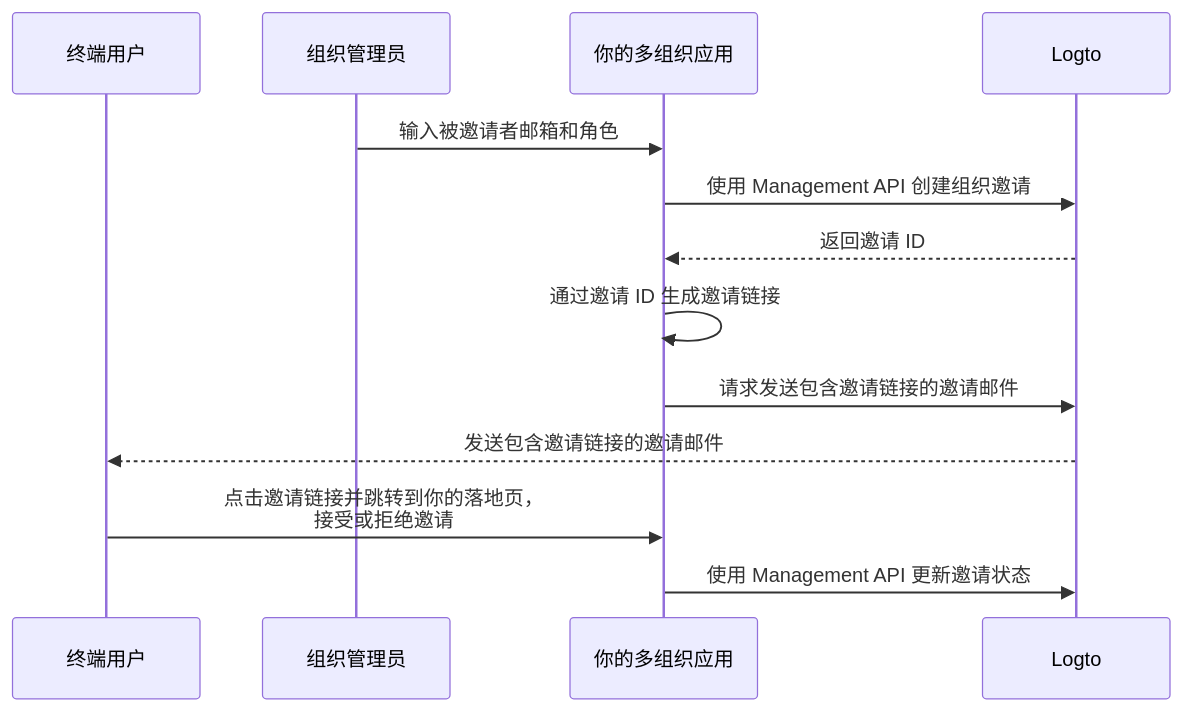
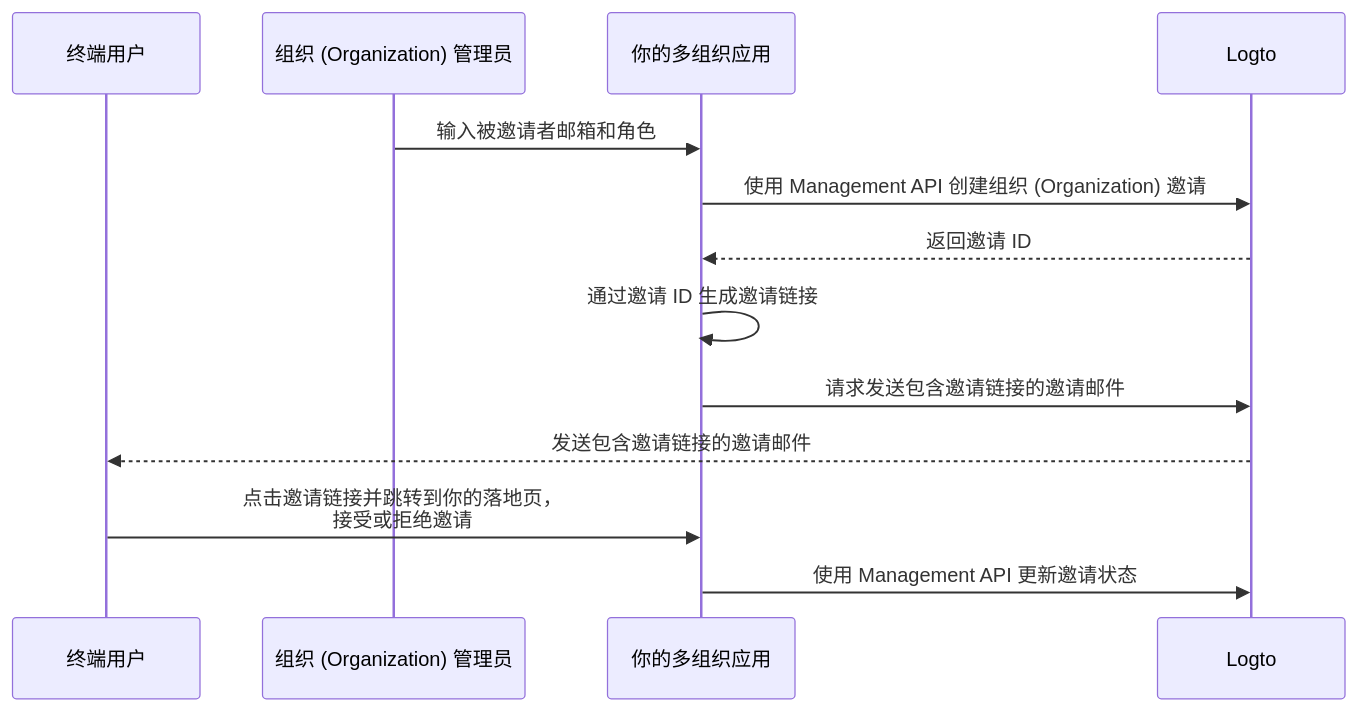
Before and after one commit to logto-io/docs: the diagram in i18n/zh-CN/docusaurus-plugin-content-docs/current/end-user-flows/organization-experience/invite-organization-members.mdx, drawn with Mermaid. The commit also changed other lines of this file and 35 other files, not shown here.

````diff
--- a/i18n/zh-CN/docusaurus-plugin-content-docs/current/end-user-flows/organization-experience/invite-organization-members.mdx
+++ b/i18n/zh-CN/docusaurus-plugin-content-docs/current/end-user-flows/organization-experience/invite-organization-members.mdx
@@ -13,16 +13,16 @@
 ```mermaid
 sequenceDiagram
 	Participant U as 终端用户
-  Participant A as 组织管理员
+  Participant A as 组织 (Organization) 管理员
   Participant C as 你的多组织应用
 	Participant L as Logto
 
   A ->> C: 输入被邀请者邮箱和角色
-  C ->> L: 使用 Management API 创建组织邀请
+  C ->> L: 使用 Management API 创建组织 (Organization) 邀请
   L -->> C: 返回邀请 ID
   C ->> C: 通过邀请 ID 生成邀请链接
   C ->> L: 请求发送包含邀请链接的邀请邮件
   L -->> U: 发送包含邀请链接的邀请邮件
   U ->> C: 点击邀请链接并跳转到你的落地页，<br /> 接受或拒绝邀请
   C ->> L: 使用 Management API 更新邀请状态
 ```
````
